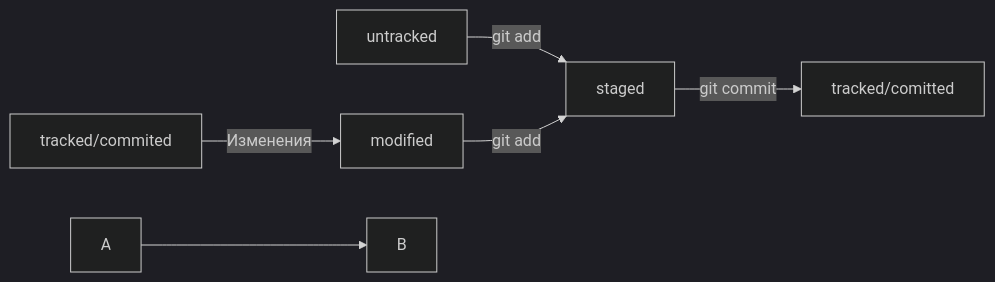
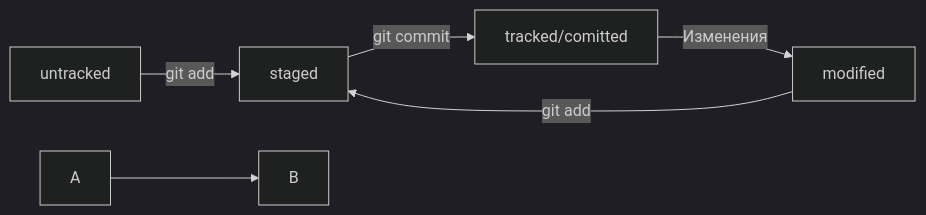
One commit to s1lenter/ProjectHelper changed the diagram in README.md. Above: the diagram before and after it, drawn with Mermaid (dark theme).

Commit message:
Проверить работу трех звеньев схемы в одной строке

````diff
--- a/README.md
+++ b/README.md
@@ -100,10 +100,9 @@
 ```mermaid
 graph LR;
   untracked -- "git add" --> staged;
   modified -- "git add" --> staged;
-  staged    -- "git commit"     --> tracked/comitted;
-  tracked/commited -- "Изменения" --> modified;
+  staged    -- "git commit"     --> tracked/comitted -- "Изменения" --> modified;
 
 %% стрелка без текста для примера: 
   A --> B;
 ```
````
